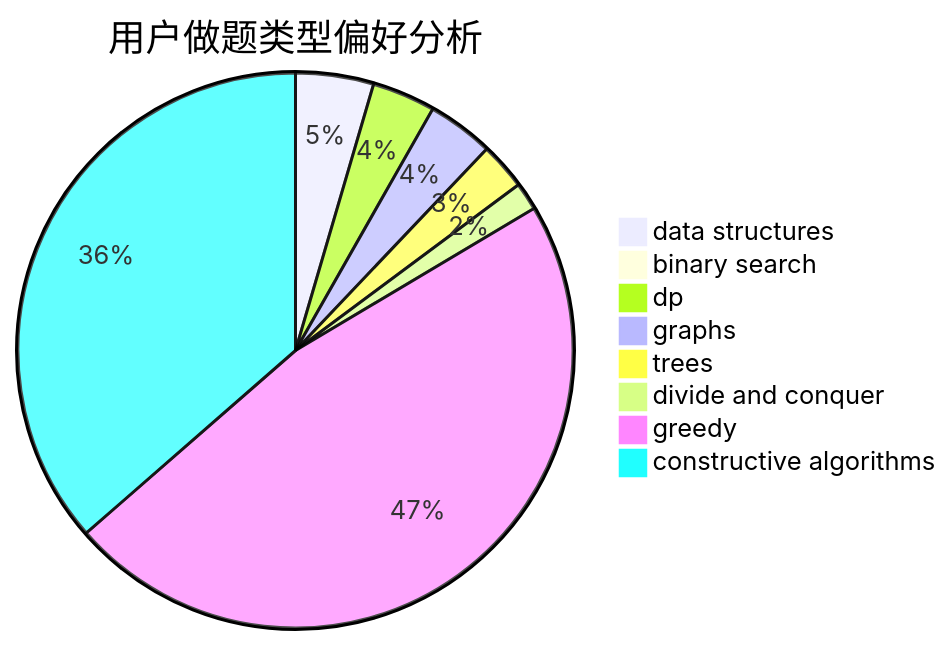
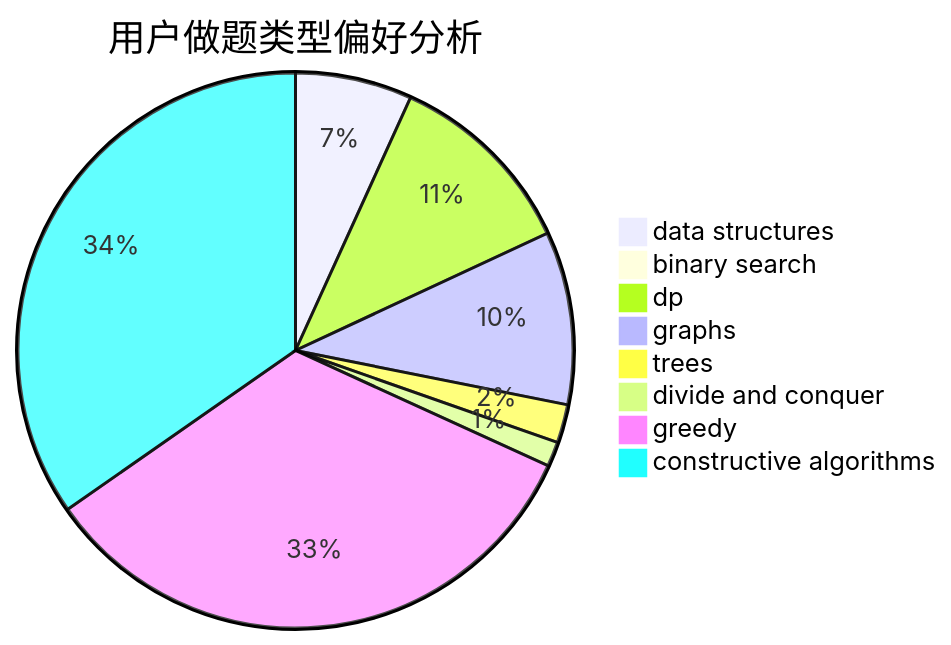
Before and after one commit to sherpahu/cfrs.github.io: the second of 3 diagrams in docs/user/u952.md, drawn with Mermaid. The commit also changed other lines of this file and 2770 other files, not shown here.

````diff
--- a/docs/user/u952.md
+++ b/docs/user/u952.md
@@ -23,11 +23,11 @@
 ```mermaid
 pie title 用户做题类型偏好分析
-    "data structures" :  53
-    "binary search" :  4
-    "dp" :  43
-    "graphs" :  45
-    "trees" :  32
-    "divide and conquer" :  19
-    "greedy" :  550
-    "constructive algorithms" :  425
+    "data structures" :  85
+    "binary search" :  7
+    "dp" :  141
+    "graphs" :  126
+    "trees" :  28
+    "divide and conquer" :  18
+    "greedy" :  419
+    "constructive algorithms" :  434
 ```
````
